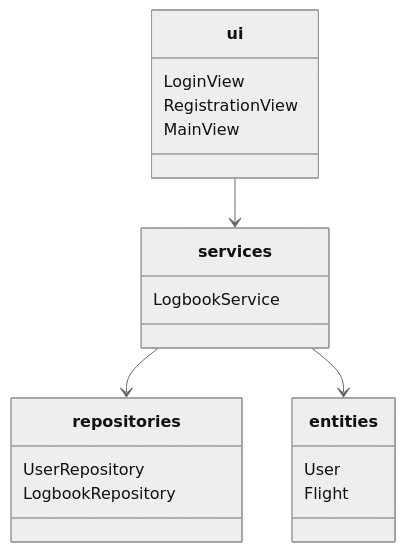
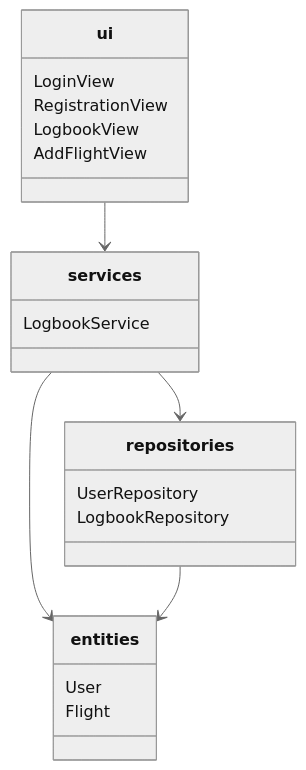
Before and after one commit to ilmari21/ot-harjoitustyo: the first of 5 diagrams in dokumentaatio/arkkitehtuuri.md, drawn with Mermaid (neutral theme). The commit also changed other lines of this file, not shown here.

````diff
--- a/dokumentaatio/arkkitehtuuri.md
+++ b/dokumentaatio/arkkitehtuuri.md
@@ -3,26 +5,28 @@
 ```mermaid
  classDiagram
     class ui {
         LoginView
         RegistrationView
-        MainView
+        LogbookView
+        AddFlightView
     }
 
     class services {
         LogbookService
     }
 
     class repositories {
         UserRepository
         LogbookRepository
     }
 
     class entities {
         User
         Flight
     }
 
     ui --> services
     services --> repositories
     services --> entities
+    repositories --> entities
 ```
````
